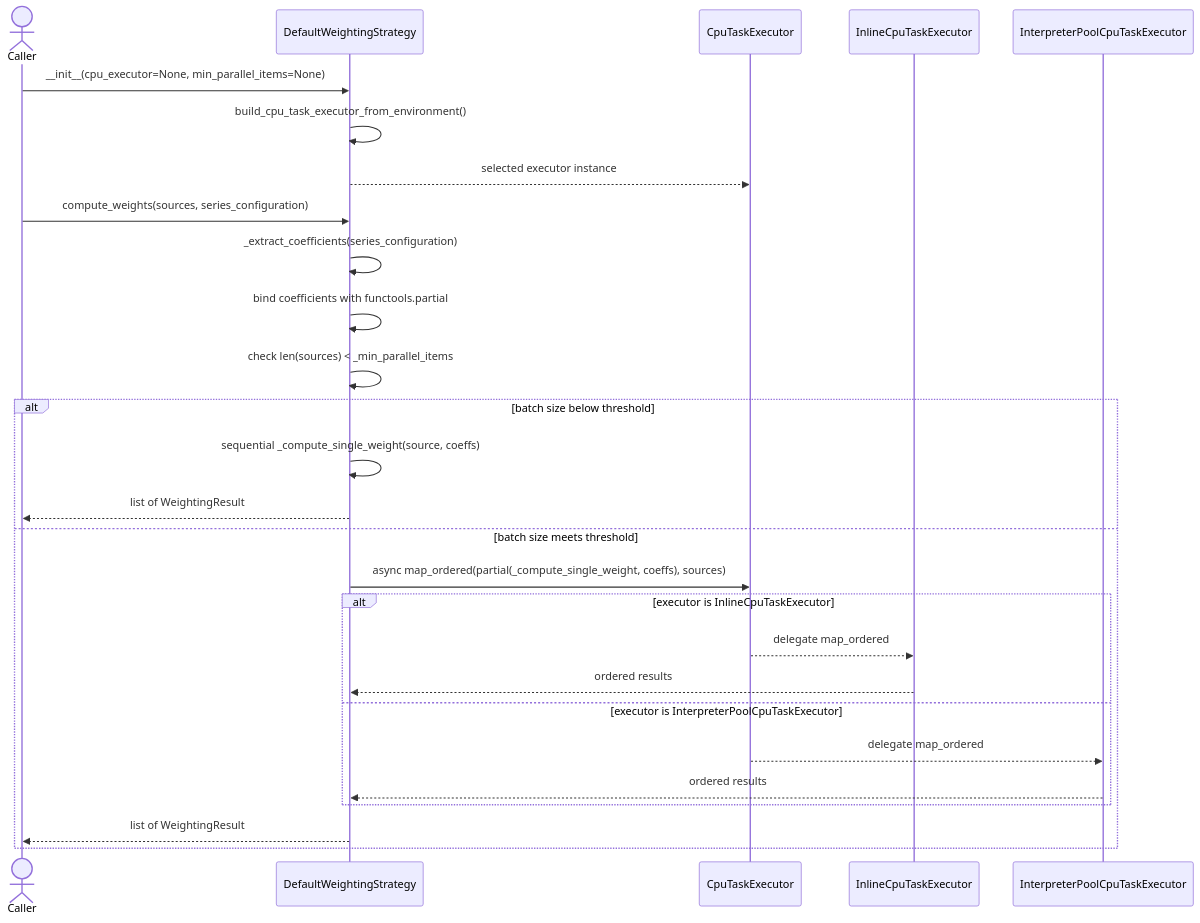
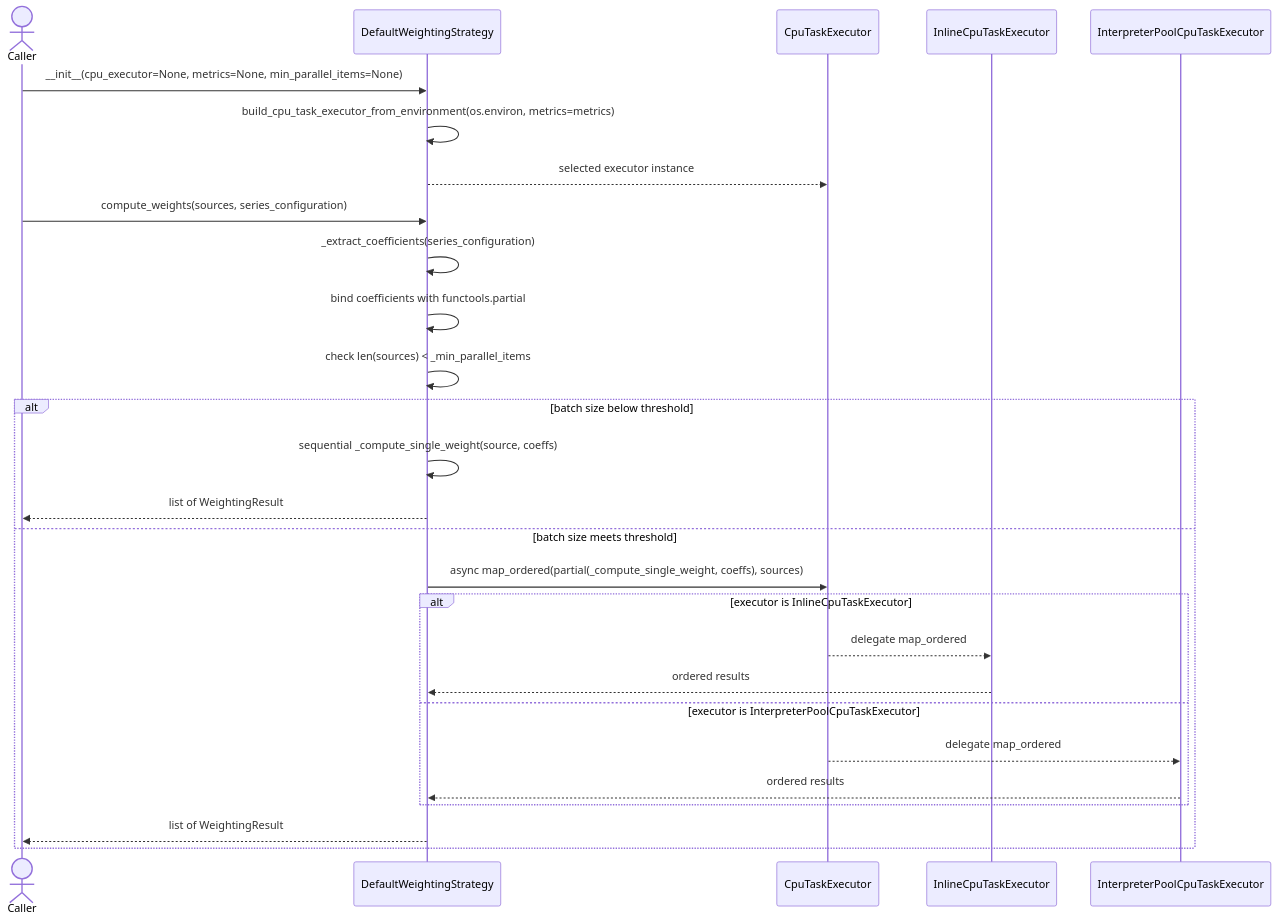
One commit to leynos/episodic changed the third of 17 diagrams in docs/episodic-podcast-generation-system-design.md. Above: the diagram before and after it, drawn with Mermaid. The commit also changed other lines of this file and 18 other files, not shown here.

````diff
--- a/docs/episodic-podcast-generation-system-design.md
+++ b/docs/episodic-podcast-generation-system-design.md
@@ -712,32 +712,32 @@
 ```mermaid
 sequenceDiagram
     actor Caller
     participant DefaultWeightingStrategy
     participant CpuTaskExecutor
     participant InlineCpuTaskExecutor
     participant InterpreterPoolCpuTaskExecutor
 
-    Caller->>DefaultWeightingStrategy: __init__(cpu_executor=None, min_parallel_items=None)
-    DefaultWeightingStrategy->>DefaultWeightingStrategy: build_cpu_task_executor_from_environment()
+    Caller->>DefaultWeightingStrategy: __init__(cpu_executor=None, metrics=None, min_parallel_items=None)
+    DefaultWeightingStrategy->>DefaultWeightingStrategy: build_cpu_task_executor_from_environment(os.environ, metrics=metrics)
     DefaultWeightingStrategy-->>CpuTaskExecutor: selected executor instance
 
     Caller->>DefaultWeightingStrategy: compute_weights(sources, series_configuration)
     DefaultWeightingStrategy->>DefaultWeightingStrategy: _extract_coefficients(series_configuration)
     DefaultWeightingStrategy->>DefaultWeightingStrategy: bind coefficients with functools.partial
     DefaultWeightingStrategy->>DefaultWeightingStrategy: check len(sources) < _min_parallel_items
 
     alt batch size below threshold
         DefaultWeightingStrategy->>DefaultWeightingStrategy: sequential _compute_single_weight(source, coeffs)
         DefaultWeightingStrategy-->>Caller: list of WeightingResult
     else batch size meets threshold
         DefaultWeightingStrategy->>CpuTaskExecutor: async map_ordered(partial(_compute_single_weight, coeffs), sources)
         alt executor is InlineCpuTaskExecutor
             CpuTaskExecutor-->>InlineCpuTaskExecutor: delegate map_ordered
             InlineCpuTaskExecutor-->>DefaultWeightingStrategy: ordered results
         else executor is InterpreterPoolCpuTaskExecutor
             CpuTaskExecutor-->>InterpreterPoolCpuTaskExecutor: delegate map_ordered
             InterpreterPoolCpuTaskExecutor-->>DefaultWeightingStrategy: ordered results
         end
         DefaultWeightingStrategy-->>Caller: list of WeightingResult
     end
 ```
````
